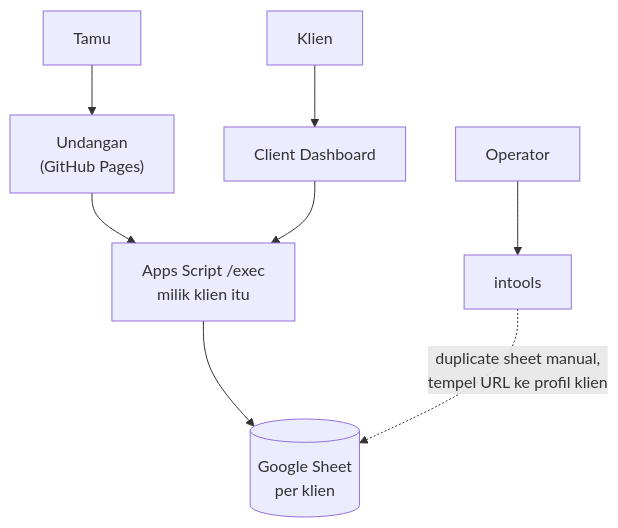
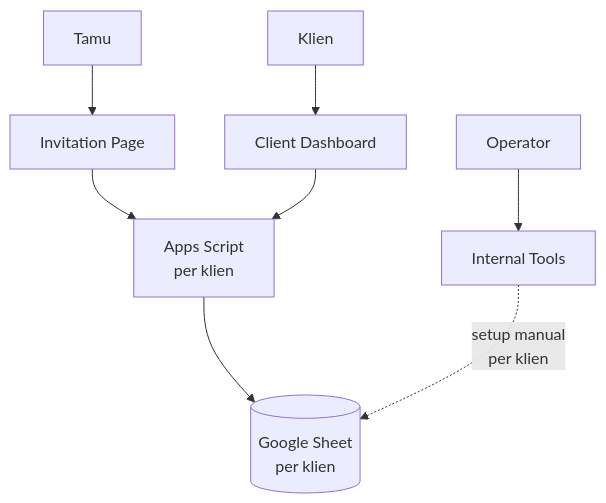
The first of 2 diagrams in content/posts/invitato-backend-dari-google-sheet-ke-postgres.mdx (idindrakusuma/idindrakusuma.github.io), drawn with Mermaid before and after one commit. The commit also changed other lines of this file and 2 other files, not shown here.

First line of the commit message:
Invitato post: keep diagrams and copy general for public readers

````diff
--- a/content/posts/invitato-backend-dari-google-sheet-ke-postgres.mdx
+++ b/content/posts/invitato-backend-dari-google-sheet-ke-postgres.mdx
@@ -36,10 +36,10 @@
 ```mermaid
 flowchart TB
-  Tamu --> Undangan["Undangan<br/>(GitHub Pages)"]
+  Tamu --> Undangan[Invitation Page]
   Klien --> Dashboard[Client Dashboard]
-  Operator --> Intools[intools]
-  Undangan --> AppsScript["Apps Script /exec<br/>milik klien itu"]
+  Operator --> Intools[Internal Tools]
+  Undangan --> AppsScript["Apps Script<br/>per klien"]
   Dashboard --> AppsScript
   AppsScript --> Sheet[("Google Sheet<br/>per klien")]
-  Intools -. "duplicate sheet manual,<br/>tempel URL ke profil klien" .-> Sheet
+  Intools -. "setup manual<br/>per klien" .-> Sheet
 ```
````
